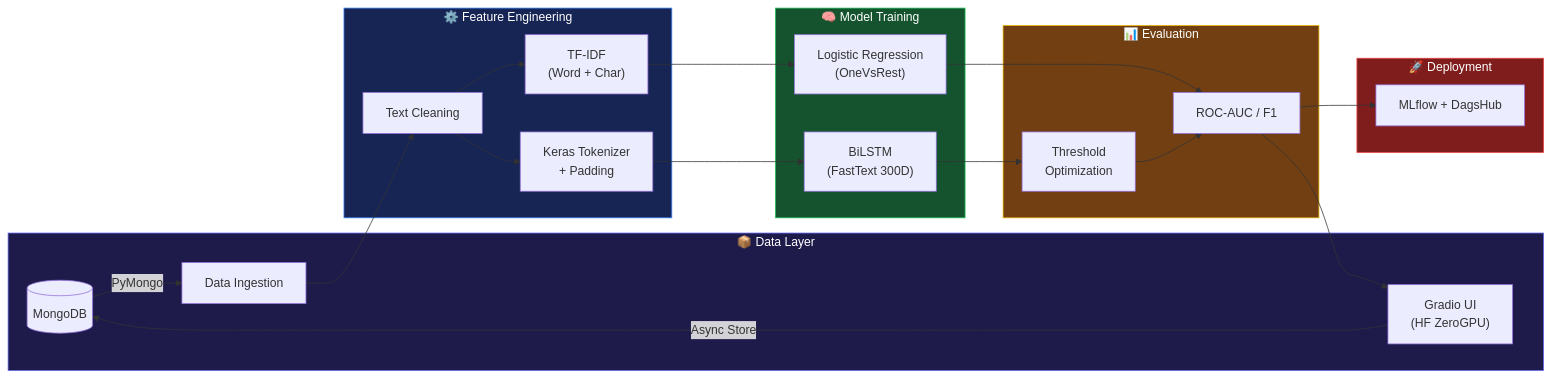
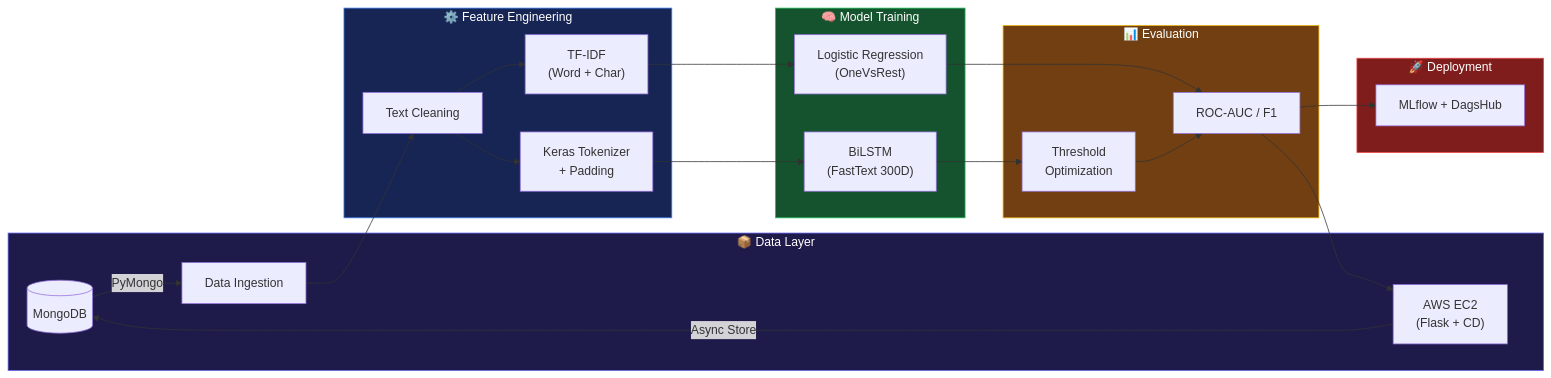
Before and after one commit to vyash0048-bit/Toxic-Comment-Classifier: the first of 2 diagrams in README.md, drawn with Mermaid. The commit also changed other lines of this file, not shown here.

Commit message:
Update README to reflect AWS EC2 deployment instead of Hugging Face

````diff
--- a/README.md
+++ b/README.md
@@ -92,35 +89,35 @@
 ```mermaid
 flowchart LR
     subgraph Data["📦 Data Layer"]
         A[(MongoDB)] -->|PyMongo| B[Data Ingestion]
         K -->|Async Store| A
     end
 
     subgraph Preprocessing["⚙️ Feature Engineering"]
         B --> C[Text Cleaning]
         C --> D["TF-IDF\n(Word + Char)"]
         C --> E["Keras Tokenizer\n+ Padding"]
     end
 
     subgraph Models["🧠 Model Training"]
         D --> F["Logistic Regression\n(OneVsRest)"]
         E --> G["BiLSTM\n(FastText 300D)"]
     end
 
     subgraph Evaluation["📊 Evaluation"]
         F --> H[ROC-AUC / F1]
         G --> I["Threshold\nOptimization"]
         I --> H
     end
 
     subgraph Deployment["🚀 Deployment"]
         H --> J[MLflow + DagsHub]
-        H --> K["Gradio UI\n(HF ZeroGPU)"]
+        H --> K["AWS EC2\n(Flask + CD)"]
     end
 
     style Data fill:#1e1b4b,stroke:#6366f1,color:#fff
     style Preprocessing fill:#172554,stroke:#3b82f6,color:#fff
     style Models fill:#14532d,stroke:#22c55e,color:#fff
     style Evaluation fill:#713f12,stroke:#eab308,color:#fff
     style Deployment fill:#7f1d1d,stroke:#ef4444,color:#fff
 ```
````
